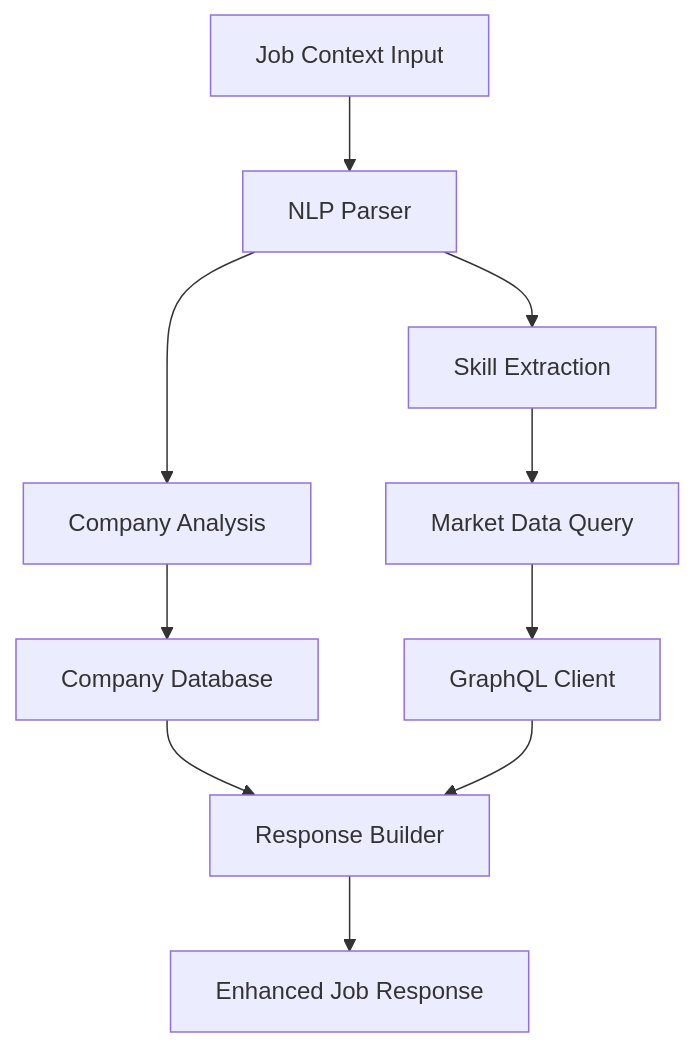
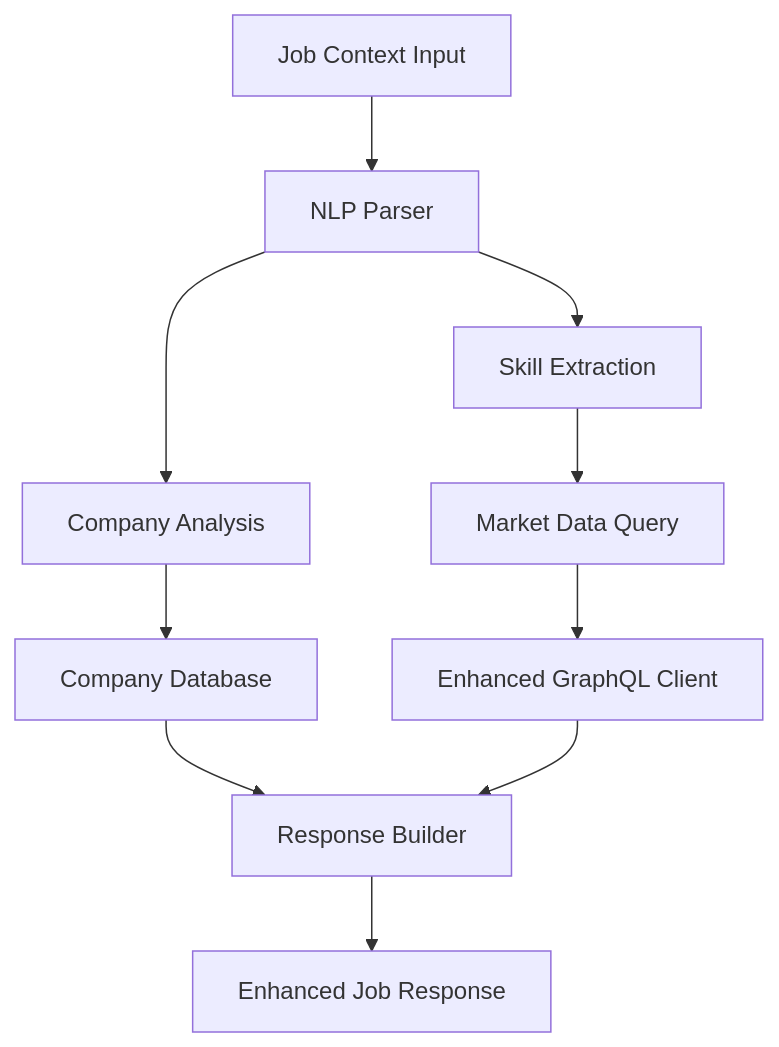
Before and after one commit to zmyeo54/briefroom: the seventh of 9 diagrams in .qoder/repowiki/en/content/API Reference/Chat API.md, drawn with Mermaid. The commit also changed other lines of this file and 13 other files, not shown here.

````diff
--- a/.qoder/repowiki/en/content/API Reference/Chat API.md
+++ b/.qoder/repowiki/en/content/API Reference/Chat API.md
@@ -425,12 +453,12 @@
 ```mermaid
 flowchart TD
 JobInput["Job Context Input"] --> NLPParser["NLP Parser"]
 NLPParser --> SkillExtraction["Skill Extraction"]
 NLPParser --> CompanyAnalysis["Company Analysis"]
 SkillExtraction --> MarketData["Market Data Query"]
 CompanyAnalysis --> CompanyDB["Company Database"]
-MarketData --> GraphQLClient["GraphQL Client"]
+MarketData --> GraphQLClient["Enhanced GraphQL Client"]
 CompanyDB --> ResponseBuilder["Response Builder"]
 GraphQLClient --> ResponseBuilder
 ResponseBuilder --> EnhancedResponse["Enhanced Job Response"]
 ```
````
